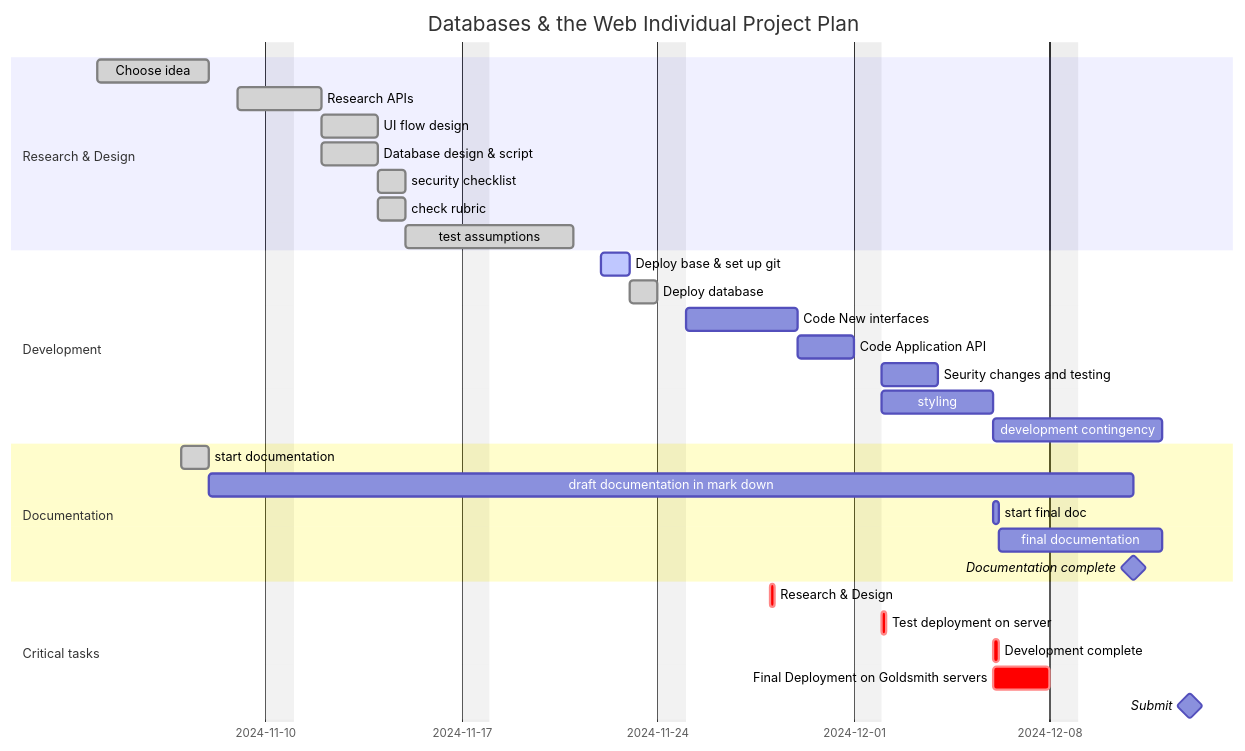
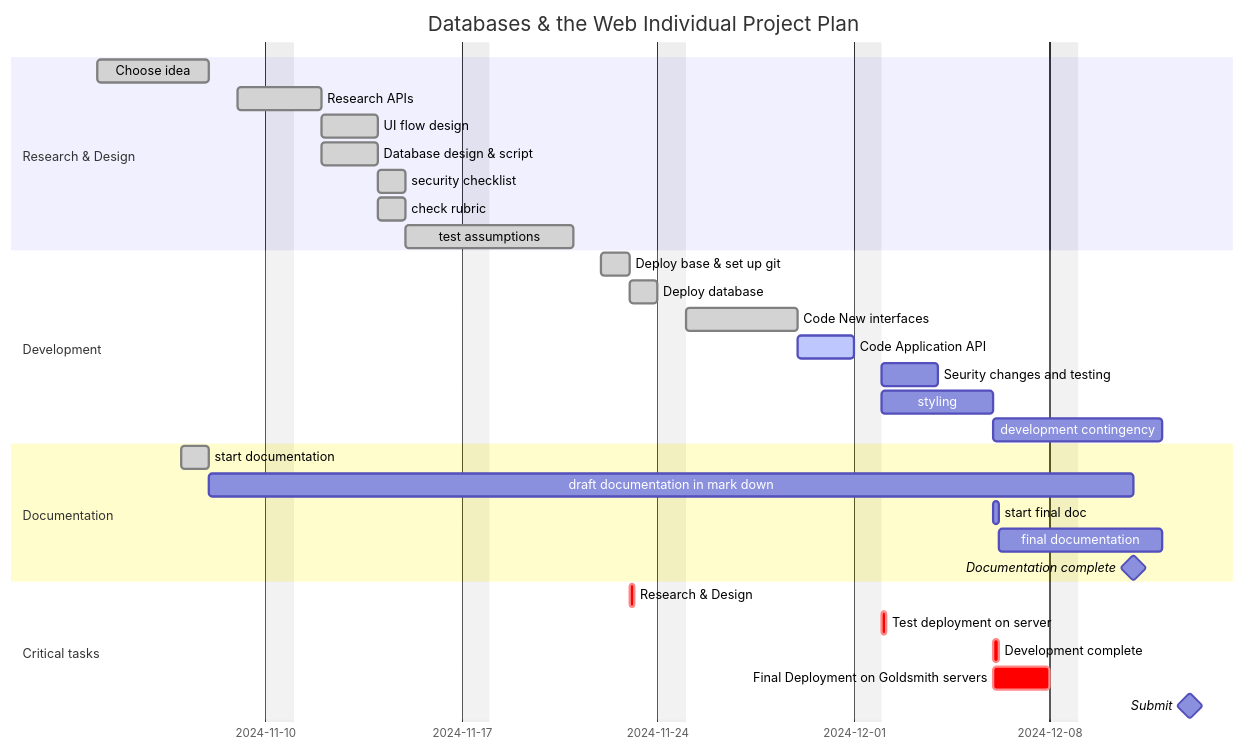
One commit to jbrun001/APIProject changed the first of 3 diagrams in README.md. Above: the diagram before and after it, drawn with Mermaid. The commit also changed 9 other files, not shown here.

````diff
--- a/README.md
+++ b/README.md
@@ -2,42 +2,42 @@
 ```mermaid
 
 gantt
     dateFormat  YYYY-MM-DD
     title       Databases & the Web Individual Project Plan
     excludes    sunday
     %% (`excludes` accepts specific dates in YYYY-MM-DD format, days of the week ("sunday") or "weekends", but not the word "weekdays".)
 
     section Research & Design
     Choose idea             :done,    rd1, 2024-11-04,2024-11-08
     Research APIs           :done,    rd2, 2024-11-09, 2d
     UI flow design          :done,    rd3, after rd2, 2d
     Database design & script  :done,    rd3d, after rd2, 2d
     security checklist      :done,  rd4, after rd3, 1d
     check rubric            :done,  rd5, after rd3, 1d
     test assumptions        :done, rd6, after rd5, 5d
 
     section Development
-    Deploy base & set up git  :active,    d1, 2024-11-22,1d
+    Deploy base & set up git  :done,    d1, 2024-11-22,1d
     Deploy database          :done,    d2, after d1, 1d
-    Code New interfaces       :    d3, after d2, 4d
-    Code Application API      :    dd3a, after d3, 2d
+    Code New interfaces       :done,    d3, after d2, 4d
+    Code Application API      :active,    dd3a, after d3, 2d
     Seurity changes and testing :  d4, after dd3a, 2d
     styling                   :    d6, after dd3a, 4d
     development contingency           :until doccomplete
 
     section Documentation
     start documentation :done,    d0, 2024-11-07,2024-11-08   
     draft documentation in mark down  :until finaldoc
     start final doc            :finaldoc, after d6, 4h
     final documentation :until doccomplete 
     Documentation complete              :milestone, doccomplete, 2024-12-11, 0d
 
     section Critical tasks
-    Research & Design                   :crit, after r6, 4h
+    Research & Design                   :crit, after d1, 4h
     Test deployment on server :crit,    dd3c, after dd3a, 4h
     Development complete                :crit, after d6, 4h
     Final Deployment on Goldsmith servers :crit, after d6, 2d
     Submit                              :milestone, 2024-12-13, 0d
 
 
 ```
````
